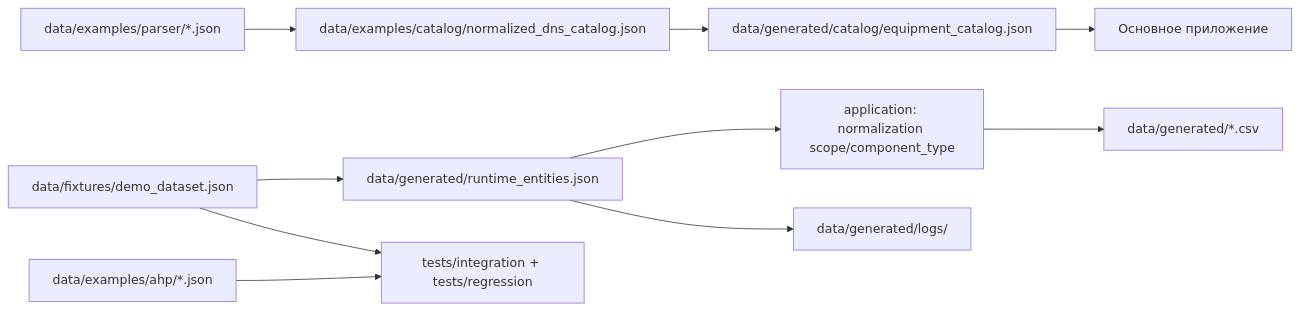
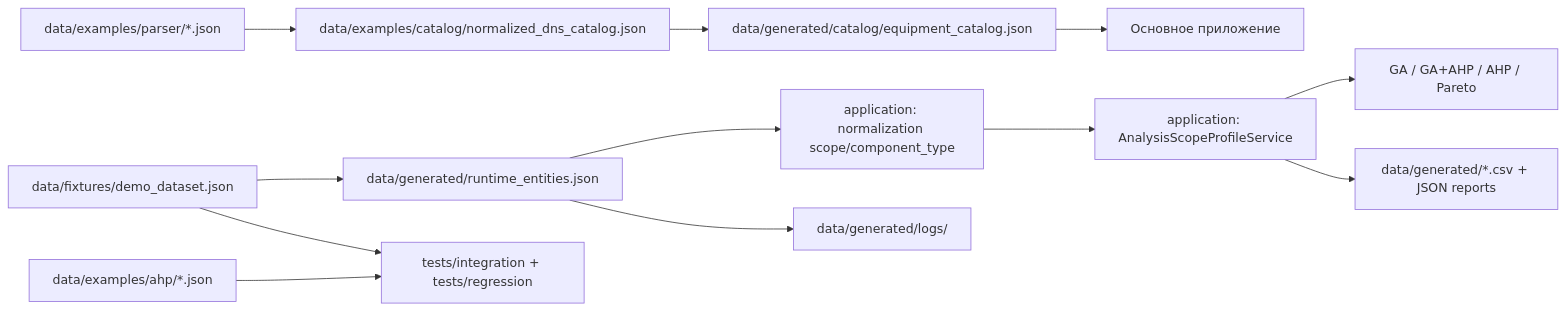
Before and after one commit to Pacifica123/it_cost_calc: the diagram in docs/architecture/data_map.md, drawn with Mermaid. The commit also changed other lines of this file and 13 other files, not shown here.

First line of the commit message:
feat: add analysis scope profiles

````diff
--- a/docs/architecture/data_map.md
+++ b/docs/architecture/data_map.md
@@ -5,14 +5,16 @@
 ```mermaid
 flowchart LR
     FIX[data/fixtures/demo_dataset.json] --> RUNTIME[data/generated/runtime_entities.json]
     RUNTIME --> RNORM[application: normalization scope/component_type]
-    RNORM --> REPORTS[data/generated/*.csv]
+    RNORM --> PROFILE[application: AnalysisScopeProfileService]
+    PROFILE --> ANALYTICS[GA / GA+AHP / AHP / Pareto]
+    PROFILE --> REPORTS[data/generated/*.csv + JSON reports]
     RUNTIME --> LOGS[data/generated/logs/]
 
     RAW[data/examples/parser/*.json] --> CNORM[data/examples/catalog/normalized_dns_catalog.json]
     CNORM --> CATALOG[data/generated/catalog/equipment_catalog.json]
     CATALOG --> APP[Основное приложение]
 
     EXAHP[data/examples/ahp/*.json] --> TESTS[tests/integration + tests/regression]
     FIX --> TESTS
 ```
````
